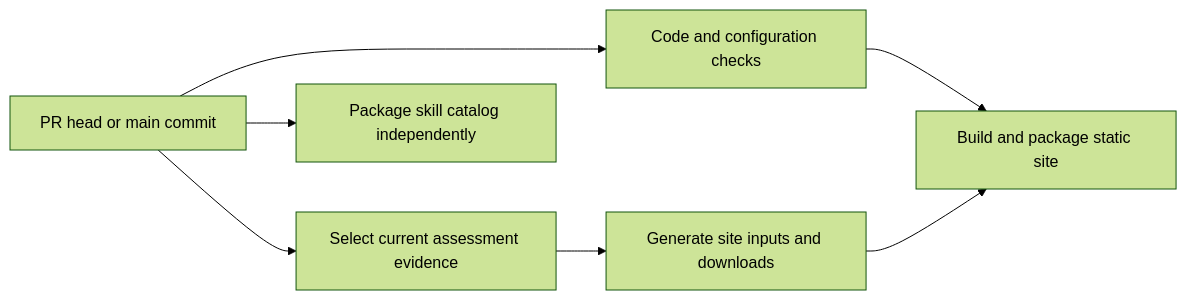
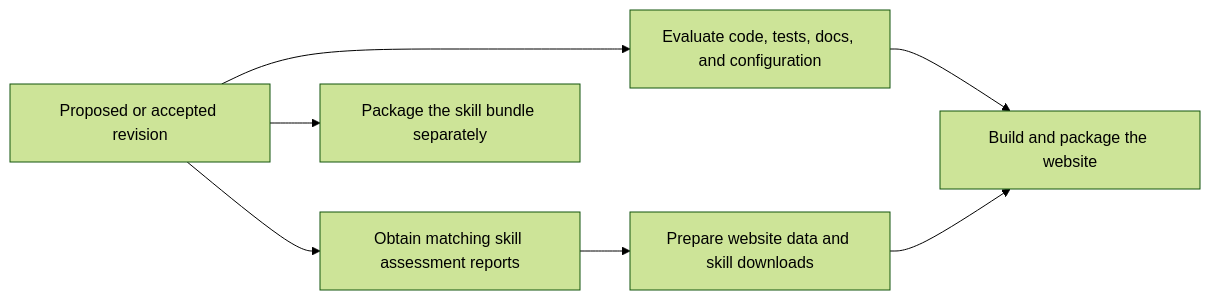
The diagram in CI.md (Code-dot-mil/SkLC), drawn with Mermaid (forest theme) before and after one commit. The commit also changed other lines of this file and 40 other files, not shown here.

First line of the commit message:
refactor: rename skill catalog to skill bundle (#105)

````diff
--- a/CI.md
+++ b/CI.md
@@ -23,9 +34,9 @@
 ```mermaid
 flowchart LR
-    revision["PR head or main commit"] --> checks["Code and configuration checks"]
-    revision --> evidence["Select current assessment evidence"]
-    evidence --> generate["Generate site inputs and downloads"]
-    checks --> build["Build and package static site"]
+    revision["Proposed or accepted revision"] --> checks["Evaluate code, tests, docs, and configuration"]
+    revision --> evidence["Obtain matching skill assessment reports"]
+    evidence --> generate["Prepare website data and skill downloads"]
+    checks --> build["Build and package the website"]
     generate --> build
-    revision --> catalog["Package skill catalog independently"]
+    revision --> bundle["Package the skill bundle separately"]
 ```
````
